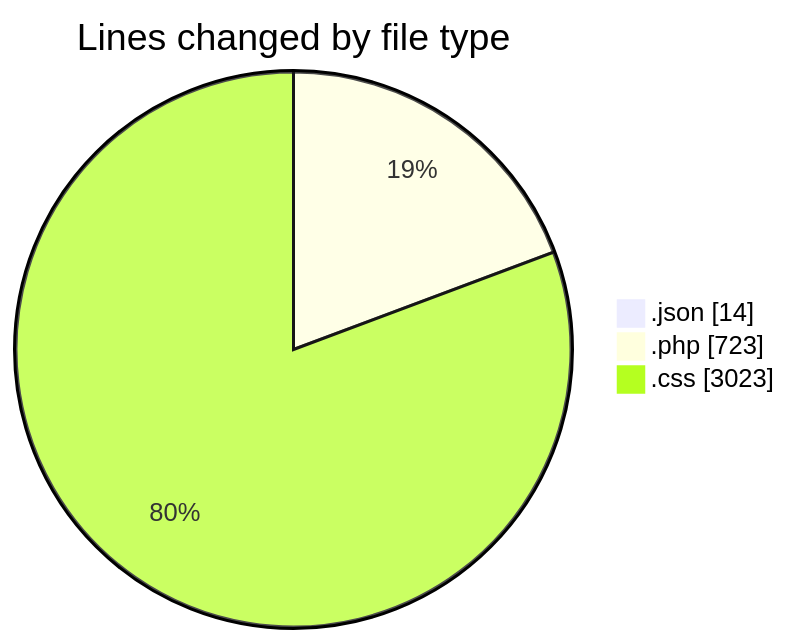
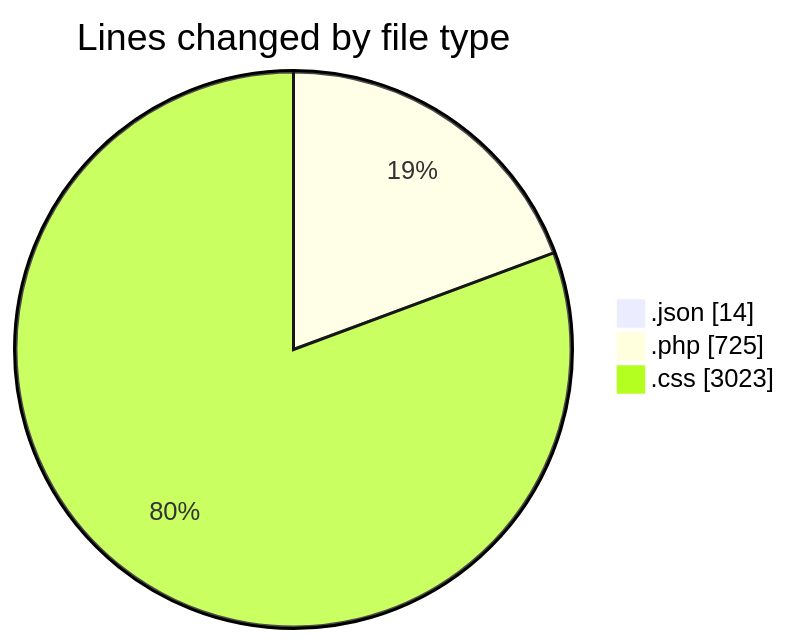
Before and after one commit to debugP/code-tracking: the first of 2 diagrams in 2026-07-27/untitled__workspace_/README.md, drawn with Mermaid. The commit also changed other lines of this file and 1 other file, not shown here.

````diff
--- a/2026-07-27/untitled__workspace_/README.md
+++ b/2026-07-27/untitled__workspace_/README.md
@@ -24,7 +24,7 @@
 ```mermaid
 pie showData
 title Lines changed by file type
 ".json" : 14
-".php" : 723
+".php" : 725
 ".css" : 3023
 ```
````
